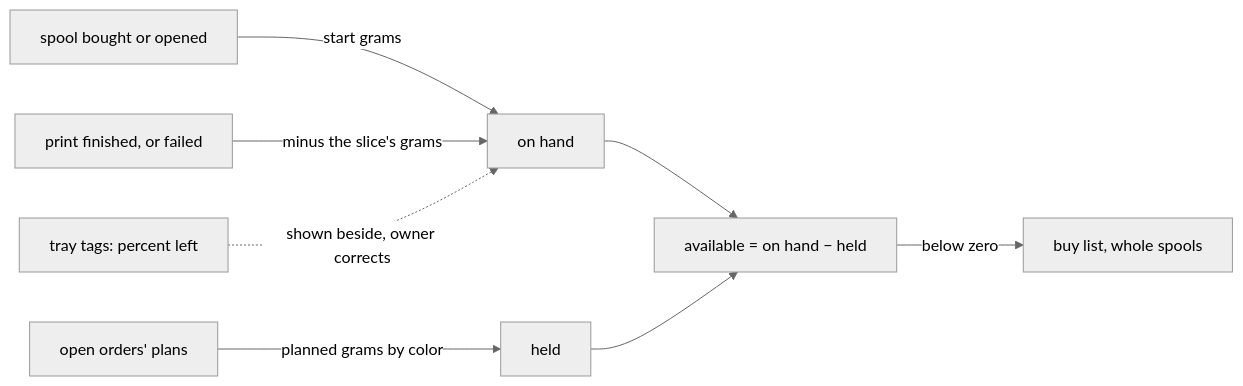
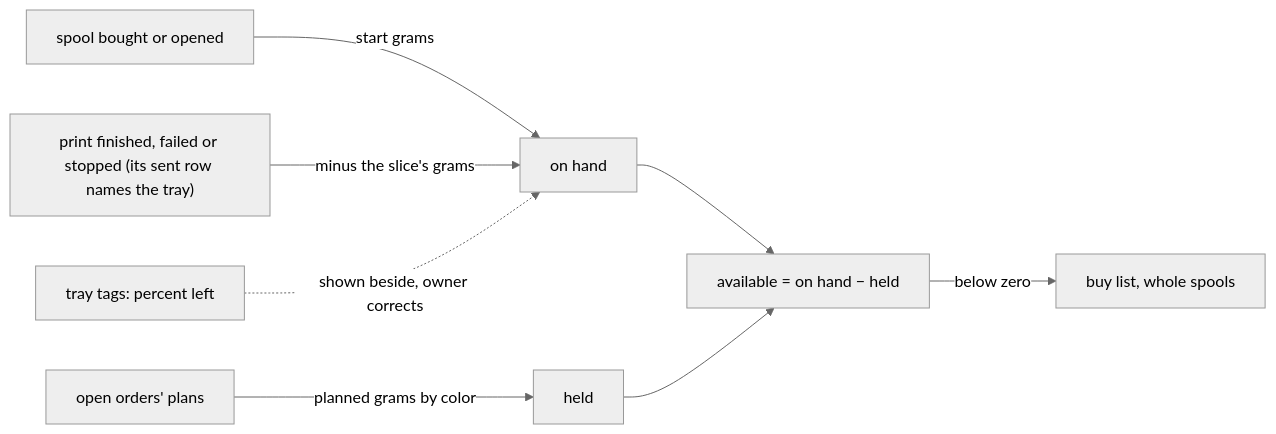
The sixth of 7 diagrams in docs/design/coaster/order-driven-lab-design.md (omars-lab/3d-models), drawn with Mermaid (neutral theme) before and after one commit. The commit also changed other lines of this file and 27 other files, not shown here.

````diff
--- a/docs/design/coaster/order-driven-lab-design.md
+++ b/docs/design/coaster/order-driven-lab-design.md
@@ -503,10 +503,10 @@
 ```mermaid
 flowchart LR
   bought["spool bought or opened"] -->|"start grams"| onhand["on hand"]
-  finished["print finished, or failed"] -->|"minus the slice's grams"| onhand
+  finished["print finished, failed or stopped (its sent row names the tray)"] -->|"minus the slice's grams"| onhand
   trays["tray tags: percent left"] -.->|"shown beside, owner corrects"| onhand
   orders["open orders' plans"] -->|"planned grams by color"| held["held"]
   onhand --> avail["available = on hand − held"]
   held --> avail
   avail -->|"below zero"| buy["buy list, whole spools"]
 ```
````
